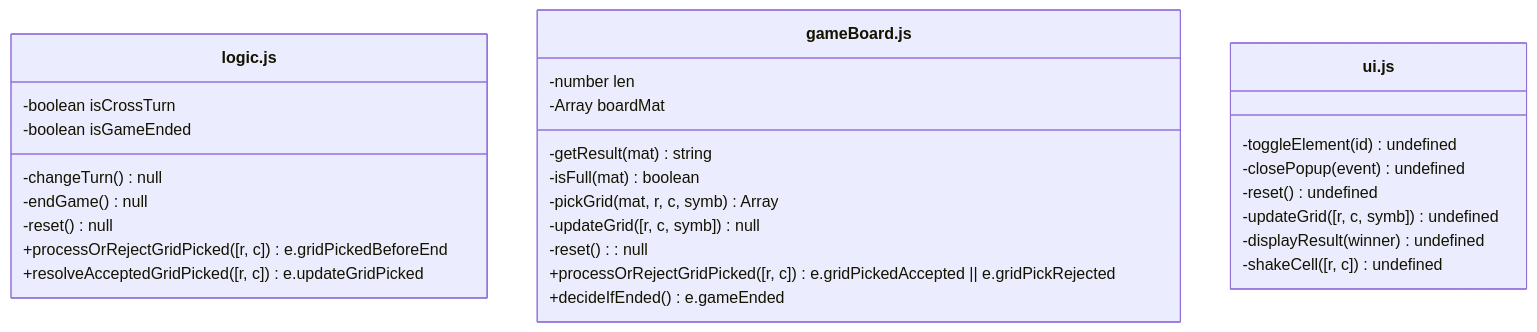
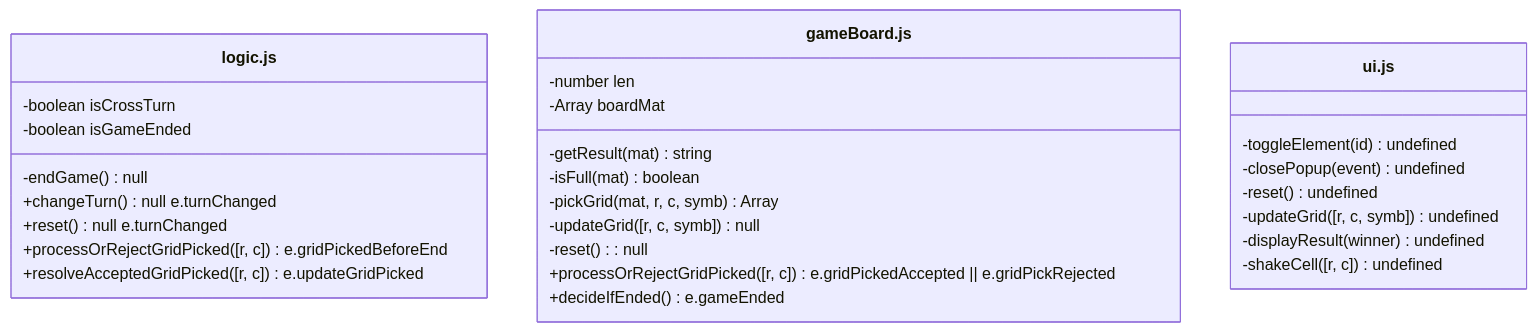
One commit to kentshenlim/Tic-Tac-Toe changed the first of 2 diagrams in README.md. Above: the diagram before and after it, drawn with Mermaid.

Commit message:
Update rm

````diff
--- a/README.md
+++ b/README.md
@@ -26,33 +26,33 @@
   ```mermaid
     classDiagram
         class Logic["logic.js"] {
             -boolean isCrossTurn
             -boolean isGameEnded
-            -changeTurn() null
             -endGame() null
-            -reset() null
+            +changeTurn() null e.turnChanged
+            +reset() null e.turnChanged
             +processOrRejectGridPicked([r, c]) e.gridPickedBeforeEnd
             +resolveAcceptedGridPicked([r, c]) e.updateGridPicked
         }
 
         class GameBoard["gameBoard.js"] {
             -number len
             -Array boardMat
             -getResult(mat) string
             -isFull(mat) boolean
             -pickGrid(mat, r, c, symb) Array
             -updateGrid([r, c, symb]) null
             -reset(): null
             +processOrRejectGridPicked([r, c]) e.gridPickedAccepted || e.gridPickRejected
             +decideIfEnded() e.gameEnded
         }
 
         class UI["ui.js"] {
             -toggleElement(id)  undefined
             -closePopup(event) undefined
             -reset() undefined
             -updateGrid([r, c, symb]) undefined
             -displayResult(winner) undefined
             -shakeCell([r, c]) undefined
     }
   ```
````
